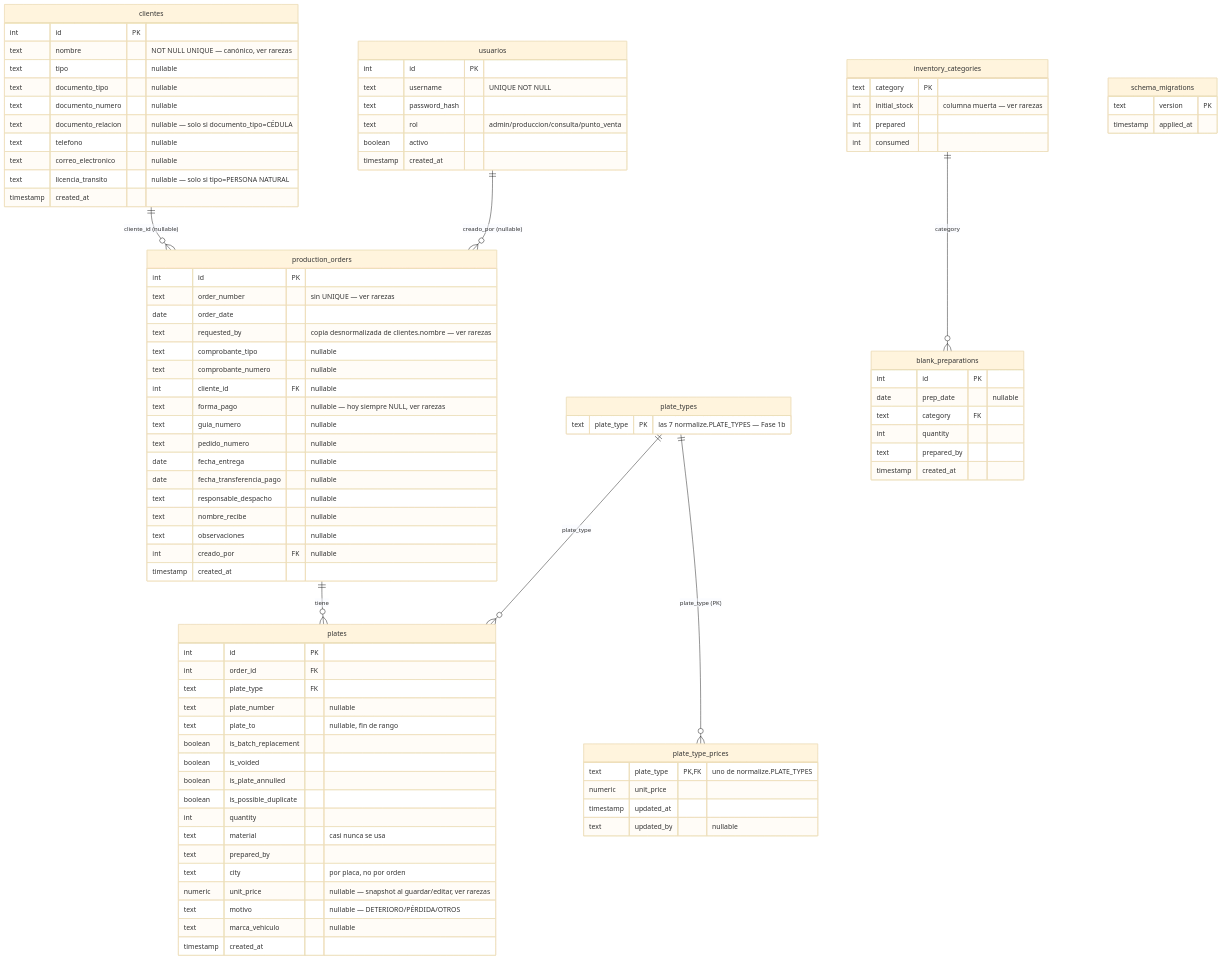
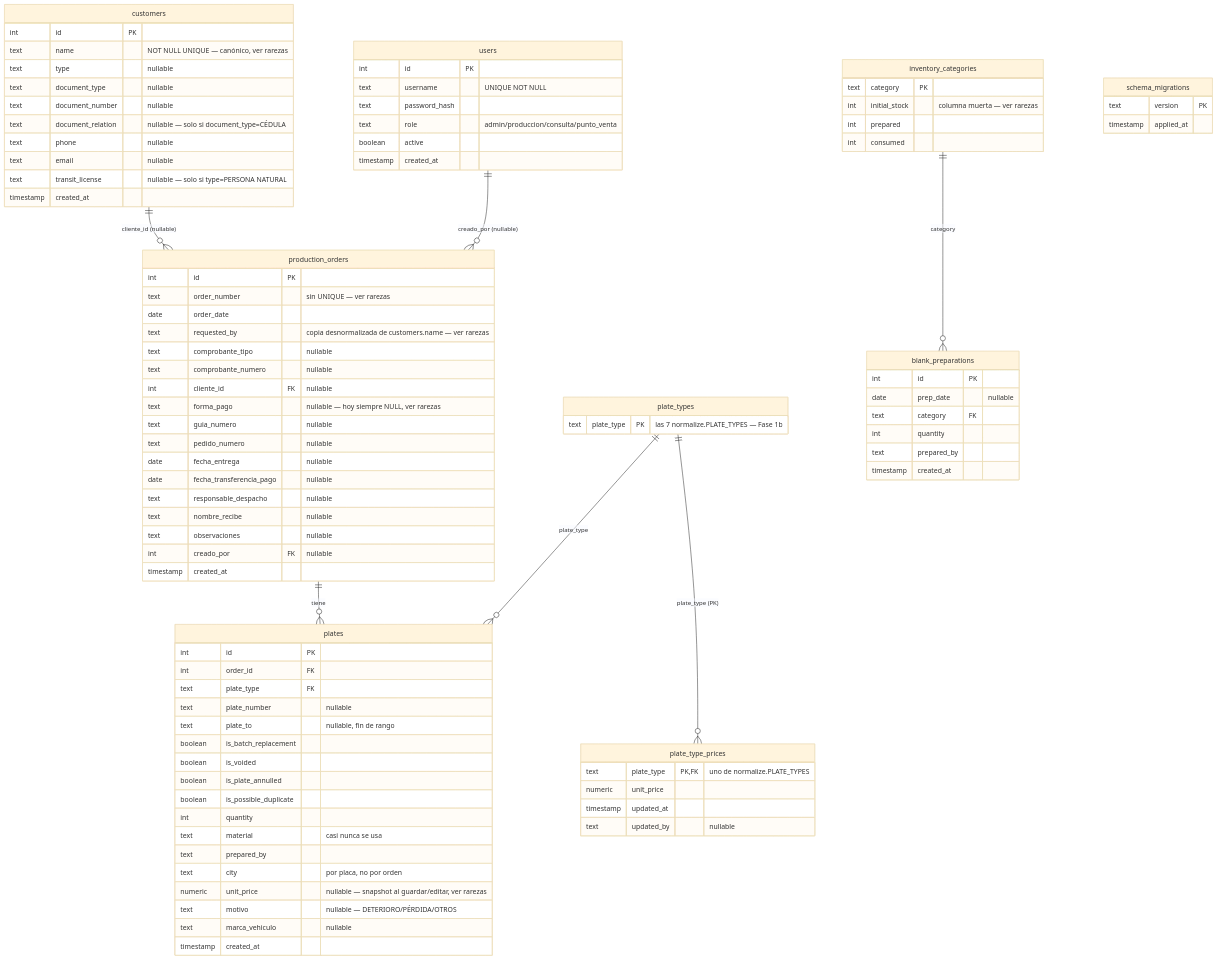
One commit to nickkmm/plates changed the diagram in docs/DATABASE.md. Above: the diagram before and after it, drawn with Mermaid (base theme). The commit also changed other lines of this file and 6 other files, not shown here.

First line of the commit message:
Rename clientes/usuarios to customers/users (Fase 1c)

````diff
--- a/docs/DATABASE.md
+++ b/docs/DATABASE.md
@@ -32,8 +46,8 @@
 ```mermaid
 erDiagram
     production_orders ||--o{ plates : "tiene"
-    clientes ||--o{ production_orders : "cliente_id (nullable)"
-    usuarios ||--o{ production_orders : "creado_por (nullable)"
+    customers ||--o{ production_orders : "cliente_id (nullable)"
+    users ||--o{ production_orders : "creado_por (nullable)"
     plate_types ||--o{ plates : "plate_type"
     plate_types ||--o{ plate_type_prices : "plate_type (PK)"
     inventory_categories ||--o{ blank_preparations : "category"
@@ -42,7 +56,7 @@
         int id PK
         text order_number "sin UNIQUE — ver rarezas"
         date order_date
-        text requested_by "copia desnormalizada de clientes.nombre — ver rarezas"
+        text requested_by "copia desnormalizada de customers.name — ver rarezas"
         text comprobante_tipo "nullable"
         text comprobante_numero "nullable"
         int cliente_id FK "nullable"
@@ -76,24 +90,24 @@
         text marca_vehiculo "nullable"
         timestamp created_at
     }
-    clientes {
+    customers {
         int id PK
-        text nombre "NOT NULL UNIQUE — canónico, ver rarezas"
-        text tipo "nullable"
-        text documento_tipo "nullable"
-        text documento_numero "nullable"
-        text documento_relacion "nullable — solo si documento_tipo=CÉDULA"
-        text telefono "nullable"
-        text correo_electronico "nullable"
-        text licencia_transito "nullable — solo si tipo=PERSONA NATURAL"
+        text name "NOT NULL UNIQUE — canónico, ver rarezas"
+        text type "nullable"
+        text document_type "nullable"
+        text document_number "nullable"
+        text document_relation "nullable — solo si document_type=CÉDULA"
+        text phone "nullable"
+        text email "nullable"
+        text transit_license "nullable — solo si type=PERSONA NATURAL"
         timestamp created_at
     }
-    usuarios {
+    users {
         int id PK
         text username "UNIQUE NOT NULL"
         text password_hash
-        text rol "admin/produccion/consulta/punto_venta"
-        boolean activo
+        text role "admin/produccion/consulta/punto_venta"
+        boolean active
         timestamp created_at
     }
     plate_type_prices {
````
